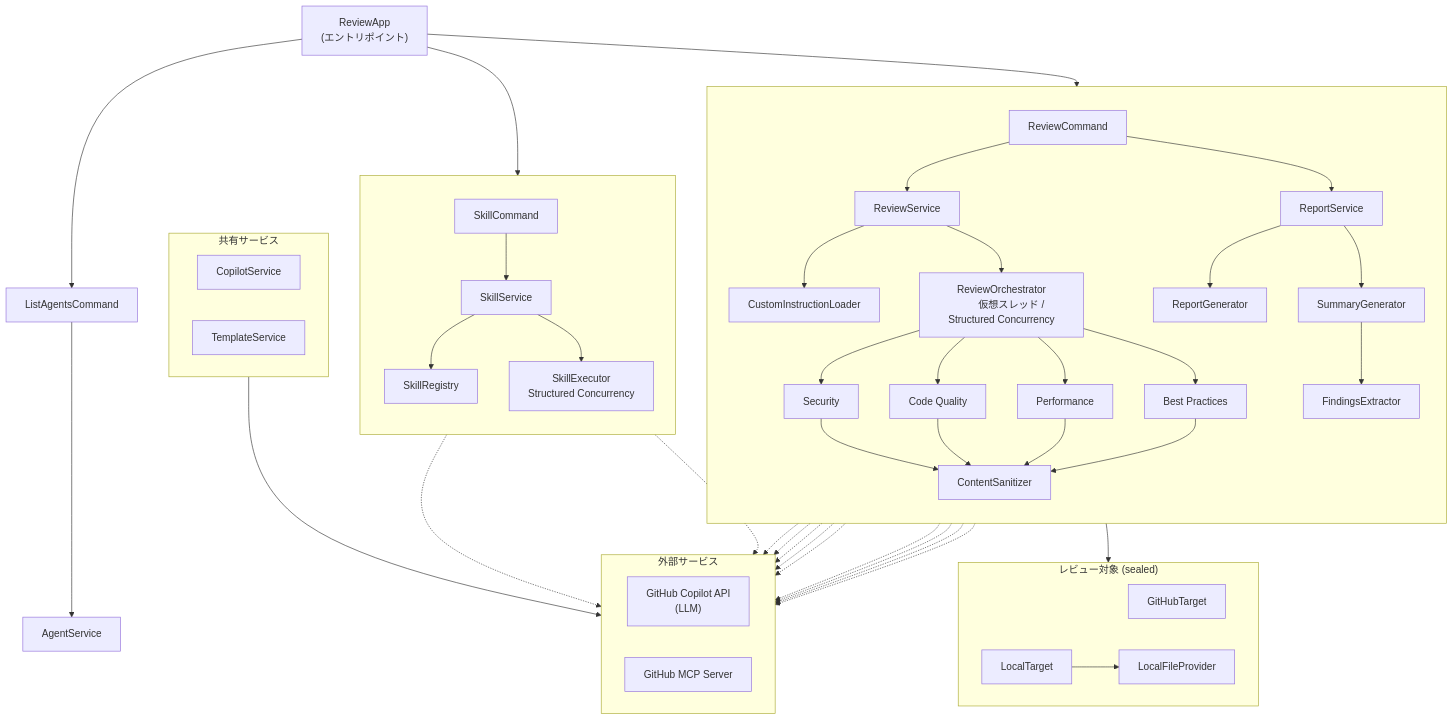
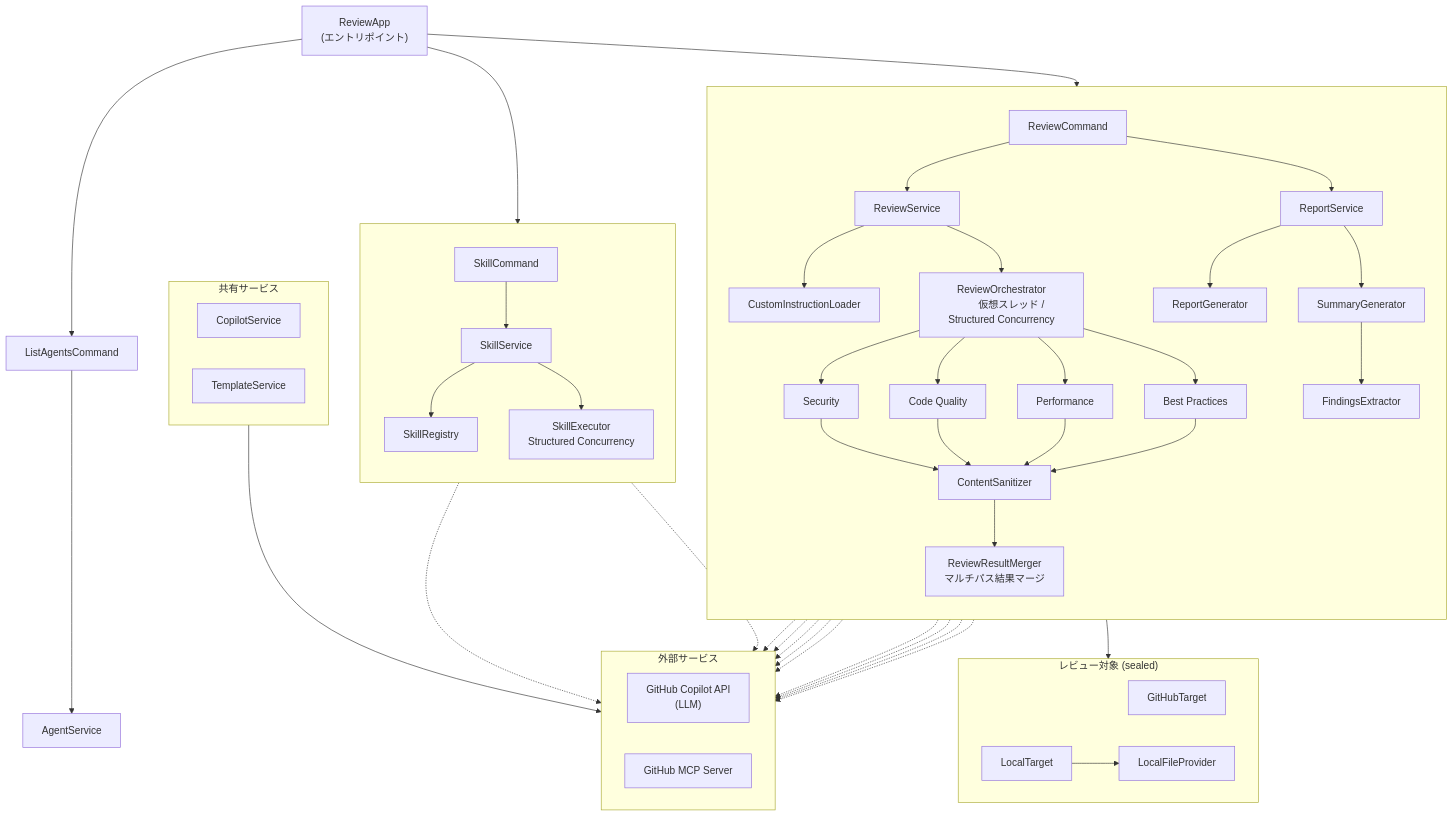
Before and after one commit to anishi1222/multi-agent-code-reviewer-java: the diagram in README_ja.md, drawn with Mermaid. The commit also changed other lines of this file and 39 other files, not shown here.

````diff
--- a/README_ja.md
+++ b/README_ja.md
@@ -622,72 +636,74 @@
 ```mermaid
 flowchart TB
     %% ── CLI ──
     ReviewApp["ReviewApp
     (エントリポイント)"]
     ReviewApp --> ReviewCommand
     ReviewApp --> ListAgentsCommand
     ReviewApp --> SkillCommand
 
     %% ── レビューフロー（左） ──
     subgraph ReviewFlow[" "]
         direction TB
         ReviewCommand --> ReviewService
         ReviewService --> CustomInstructionLoader[CustomInstructionLoader]
         ReviewService --> ReviewOrchestrator["ReviewOrchestrator
         仮想スレッド / Structured Concurrency"]
 
         ReviewOrchestrator --> Security[Security]
         ReviewOrchestrator --> CodeQuality[Code Quality]
         ReviewOrchestrator --> Performance[Performance]
         ReviewOrchestrator --> BestPractices[Best Practices]
 
         Security & CodeQuality & Performance & BestPractices --> ContentSanitizer
+        ContentSanitizer --> ReviewResultMerger["ReviewResultMerger
+        マルチパス結果マージ"]
 
         ReviewCommand --> ReportService
         ReportService --> ReportGenerator
         ReportService --> SummaryGenerator
         SummaryGenerator --> FindingsExtractor
     end
 
     %% ── 一覧フロー（中央） ──
     ListAgentsCommand --> AgentService
 
     %% ── スキルフロー（右） ──
     subgraph SkillFlow[" "]
         direction TB
         SkillCommand --> SkillService
         SkillService --> SkillRegistry
         SkillService --> SkillExecutor["SkillExecutor
         Structured Concurrency"]
     end
 
     %% ── レビュー対象 ──
     subgraph Target["レビュー対象 (sealed)"]
         direction LR
         GitHubTarget
         LocalTarget --> LocalFileProvider
     end
     ReviewService --> Target
 
     %% ── 共有サービス ──
     subgraph Shared["共有サービス"]
         direction LR
         CopilotService
         TemplateService
     end
 
     %% ── 外部サービス ──
     subgraph External["外部サービス"]
         direction LR
         CopilotAPI["GitHub Copilot API
         (LLM)"]
         GitHubMCP["GitHub MCP Server"]
     end
 
     CopilotService --> CopilotAPI
     Security & CodeQuality & Performance & BestPractices -.-> CopilotAPI
     Security & CodeQuality & Performance & BestPractices -.-> GitHubMCP
     SkillExecutor -.-> CopilotAPI
     SkillExecutor -.-> GitHubMCP
     SummaryGenerator -.-> CopilotAPI
 ```
````
